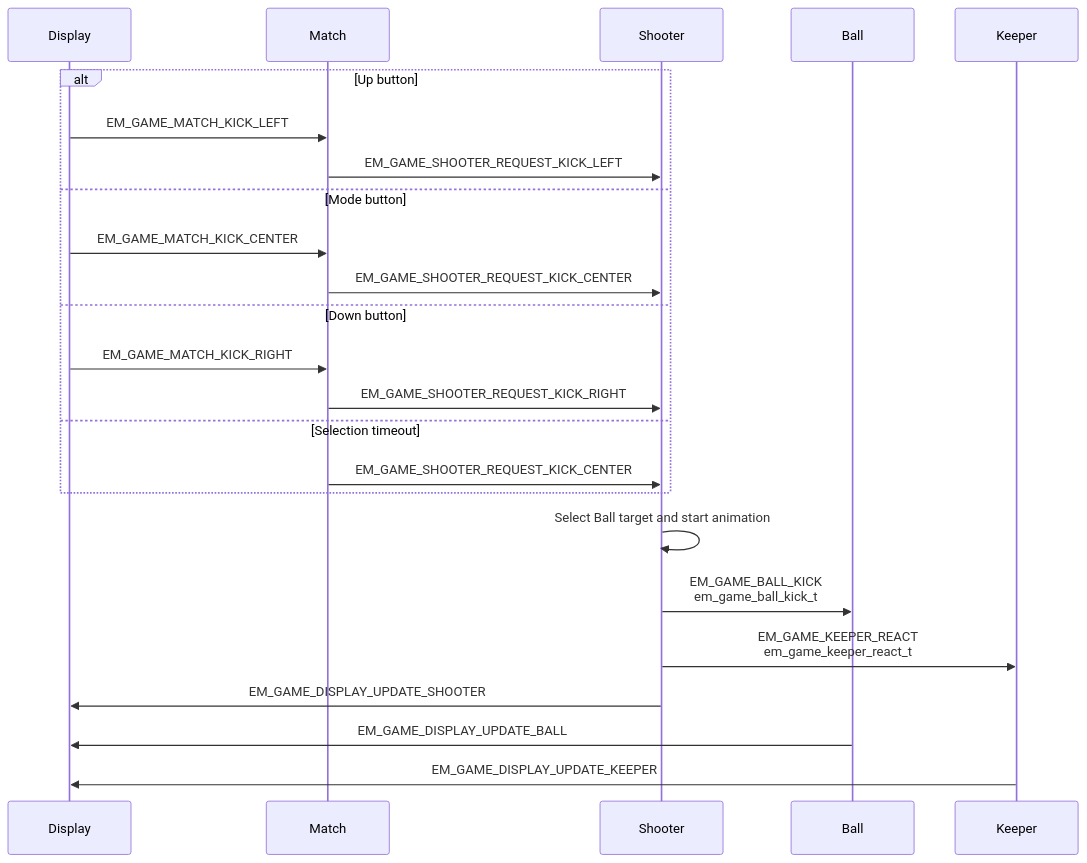
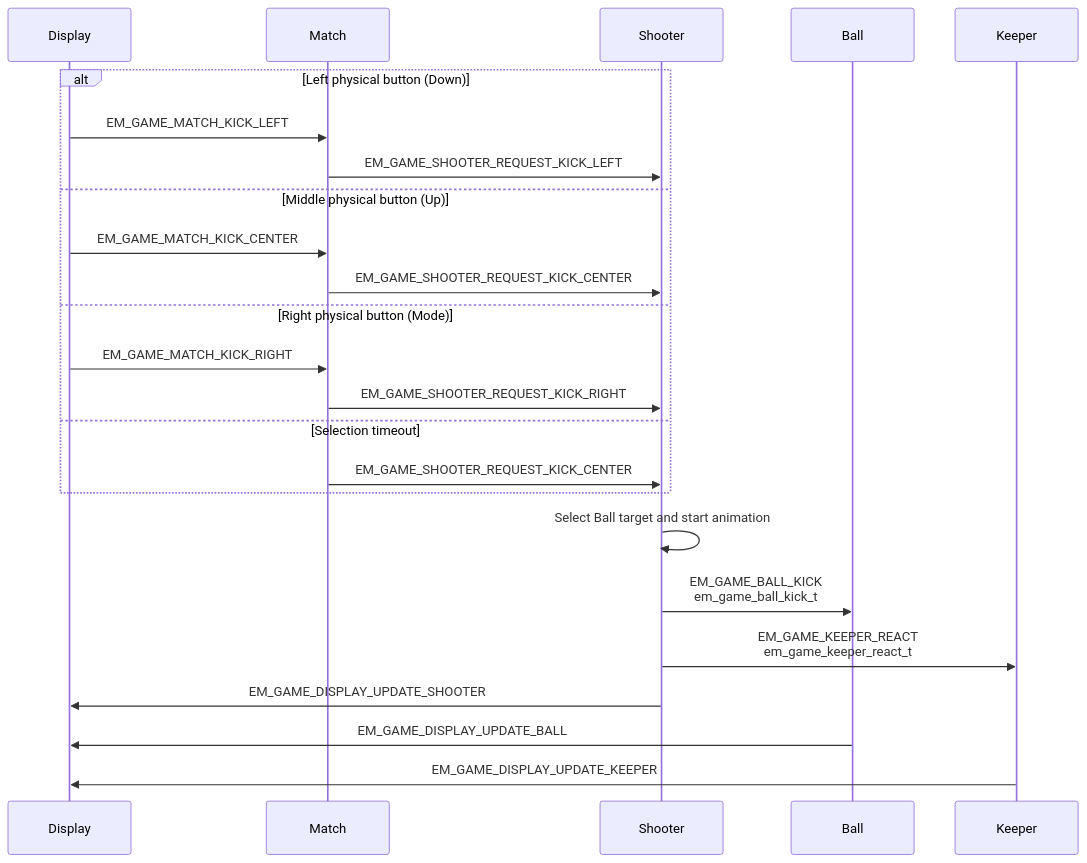
Before and after one commit to caotrongphuoc/11m-game: the fourth of 6 diagrams in docs/02-design-sequence-object.md, drawn with Mermaid. The commit also changed 8 other files, not shown here.

Commit message:
[FIX] map penalty kicks to physical button positions

````diff
--- a/docs/02-design-sequence-object.md
+++ b/docs/02-design-sequence-object.md
@@ -105,28 +105,28 @@
 ```mermaid
 sequenceDiagram
     participant Display
     participant Match
     participant Shooter
     participant Ball
     participant Keeper
 
-    alt Up button
+    alt Left physical button (Down)
         Display->>Match: EM_GAME_MATCH_KICK_LEFT
         Match->>Shooter: EM_GAME_SHOOTER_REQUEST_KICK_LEFT
-    else Mode button
+    else Middle physical button (Up)
         Display->>Match: EM_GAME_MATCH_KICK_CENTER
         Match->>Shooter: EM_GAME_SHOOTER_REQUEST_KICK_CENTER
-    else Down button
+    else Right physical button (Mode)
         Display->>Match: EM_GAME_MATCH_KICK_RIGHT
         Match->>Shooter: EM_GAME_SHOOTER_REQUEST_KICK_RIGHT
     else Selection timeout
         Match->>Shooter: EM_GAME_SHOOTER_REQUEST_KICK_CENTER
     end
 
     Shooter->>Shooter: Select Ball target and start animation
     Shooter->>Ball: EM_GAME_BALL_KICK<br/>em_game_ball_kick_t
     Shooter->>Keeper: EM_GAME_KEEPER_REACT<br/>em_game_keeper_react_t
     Shooter->>Display: EM_GAME_DISPLAY_UPDATE_SHOOTER
     Ball->>Display: EM_GAME_DISPLAY_UPDATE_BALL
     Keeper->>Display: EM_GAME_DISPLAY_UPDATE_KEEPER
 ```
````
